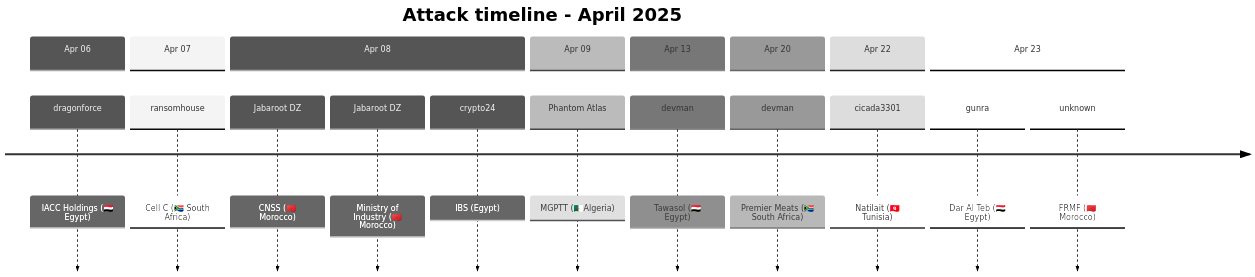
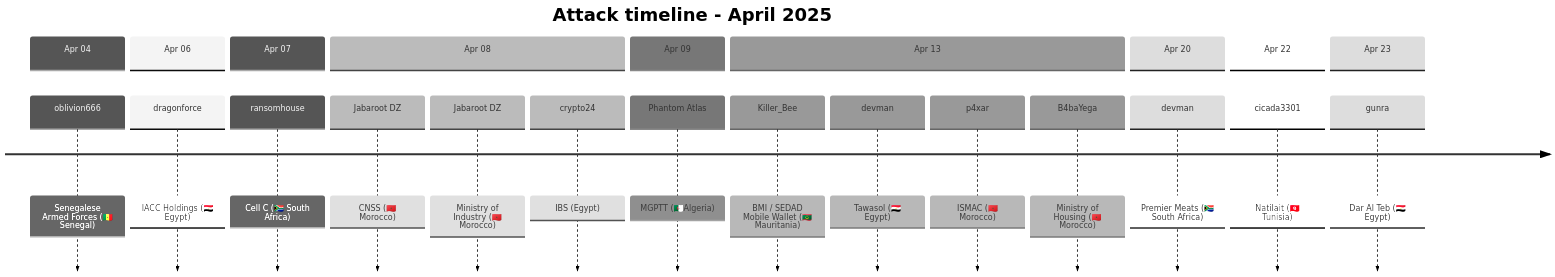
One commit to Hatchepsoute/AFRINTEL changed the fifth of 5 diagrams in CyberAttackAfrica/2025/04-april/README.md. Above: the diagram before and after it, drawn with Mermaid (neutral theme). The commit also changed other lines of this file and 255 other files, not shown here.

````diff
--- a/CyberAttackAfrica/2025/04-april/README.md
+++ b/CyberAttackAfrica/2025/04-april/README.md
@@ -146,23 +175,27 @@
 ```mermaid
 timeline
     title Attack timeline - April 2025
+    section Apr 04
+        oblivion666 : Senegalese Armed Forces (🇸🇳 Senegal)
     section Apr 06
         dragonforce : IACC Holdings (🇪🇬 Egypt)
     section Apr 07
         ransomhouse : Cell C (🇿🇦 South Africa)
     section Apr 08
         Jabaroot DZ : CNSS (🇲🇦 Morocco)
         Jabaroot DZ : Ministry of Industry (🇲🇦 Morocco)
         crypto24 : IBS (Egypt)
     section Apr 09
         Phantom Atlas : MGPTT (🇩🇿Algeria)
     section Apr 13
+        Killer_Bee : BMI / SEDAD Mobile Wallet (🇲🇷 Mauritania)
         devman : Tawasol (🇪🇬 Egypt)
+        p4xar : ISMAC (🇲🇦 Morocco)
+        B4baYega : Ministry of Housing (🇲🇦 Morocco)
     section Apr 20
         devman : Premier Meats (🇿🇦 South Africa)
     section Apr 22
         cicada3301 : Natilait (🇹🇳 Tunisia)
     section Apr 23
         gunra : Dar Al Teb (🇪🇬 Egypt)
-        unknown : FRMF (🇲🇦 Morocco)
 ```
````
